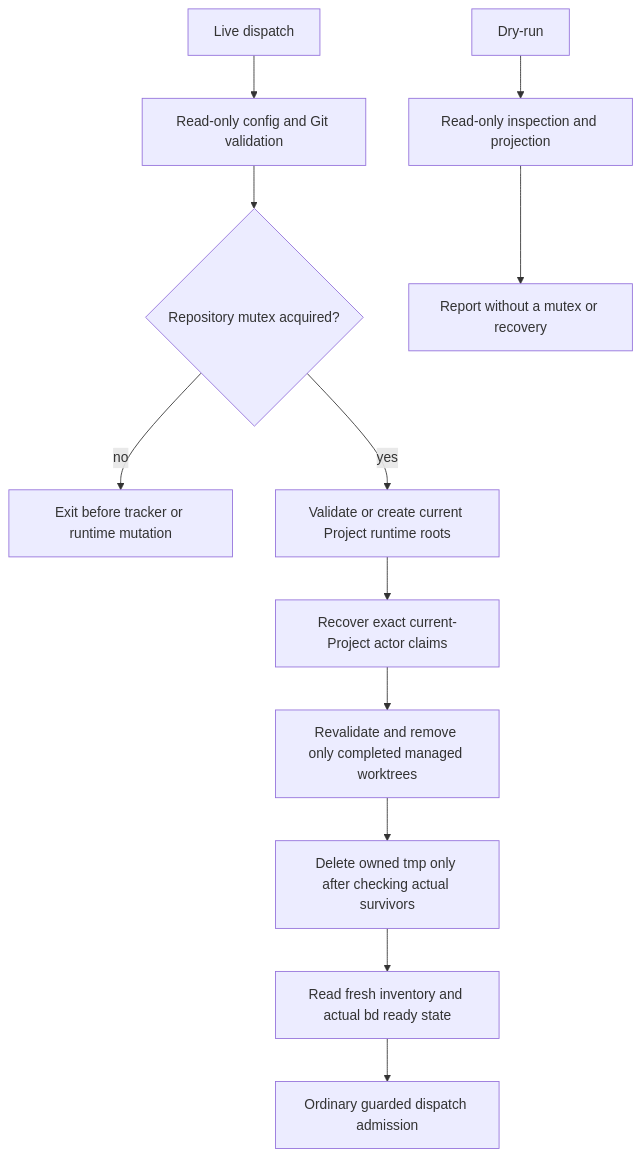
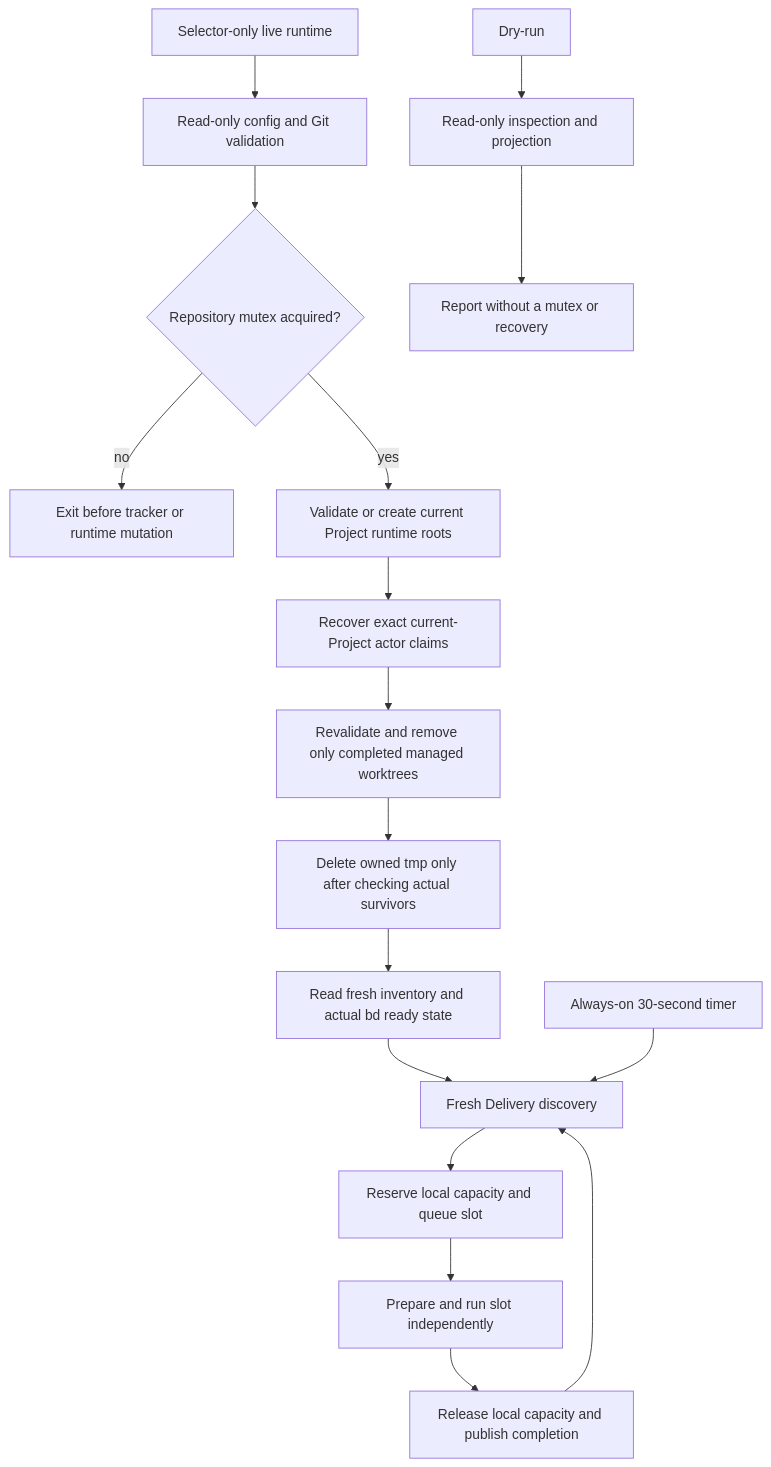
Before and after one commit to mgasparel/nightweaver: the third of 3 diagrams in SPEC.md, drawn with Mermaid. The commit also changed other lines of this file and 15 other files, not shown here.

Commit message:
feat: run delivery by default without dry-run

````diff
--- a/SPEC.md
+++ b/SPEC.md
@@ -222,14 +224,19 @@
 ```mermaid
 flowchart TD
-    Dispatch[Live dispatch] --> Validate[Read-only config and Git validation]
+    Live[Selector-only live runtime] --> Validate[Read-only config and Git validation]
     Validate --> Mutex{Repository mutex acquired?}
     Mutex -- no --> Loser[Exit before tracker or runtime mutation]
     Mutex -- yes --> Roots[Validate or create current Project runtime roots]
     Roots --> Recovery[Recover exact current-Project actor claims]
     Recovery --> Sweep[Revalidate and remove only completed managed worktrees]
     Sweep --> Tmp[Delete owned tmp only after checking actual survivors]
     Tmp --> Actual[Read fresh inventory and actual bd ready state]
-    Actual --> Admit[Ordinary guarded dispatch admission]
+    Actual --> Discover[Fresh Delivery discovery]
+    Discover --> Reserve[Reserve local capacity and queue slot]
+    Reserve --> Slot[Prepare and run slot independently]
+    Slot --> Complete[Release local capacity and publish completion]
+    Complete --> Discover
+    Timer[Always-on 30-second timer] --> Discover
     DryRun[Dry-run] --> Inspect[Read-only inspection and projection]
     Inspect --> Report[Report without a mutex or recovery]
 ```
````
